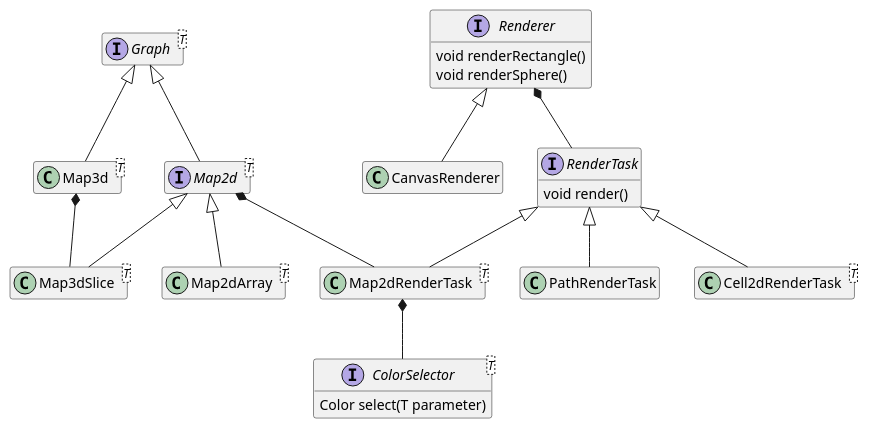
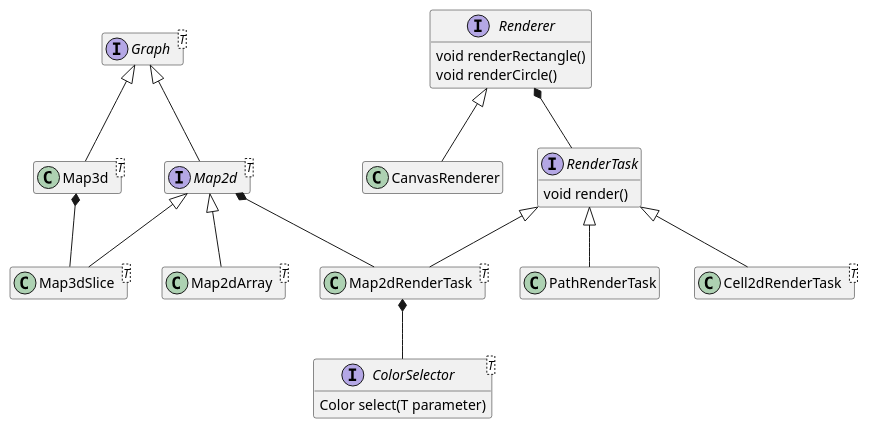
One commit to Orchaldir/Arena changed the diagram in docs/design/graphic/overview.puml. Above: the diagram before and after it, drawn with PlantUML. The commit also changed 3 other files, not shown here.

Commit message:
[#6] Rename renderSphere() to renderCircle() for Renderer

```diff
--- a/docs/design/graphic/overview.puml
+++ b/docs/design/graphic/overview.puml
@@ -1,47 +1,47 @@
 @startuml
 
 hide empty members
 
 interface Graph<T>
 interface Map2d<T>
 class Map2dArray<T>
 class Map3d<T>
 class Map3dSlice<T>
 
 interface Renderer {
   void renderRectangle()
-  void renderSphere()
+  void renderCircle()
 }
 class CanvasRenderer
 
 interface RenderTask {
   void render()
 }
 class Map2dRenderTask<T>
 class Cell2dRenderTask<T>
 class PathRenderTask
 
 interface ColorSelector<T> {
   Color select(T parameter)
 }
 
 Graph <|-- Map2d
 Graph <|-- Map3d
 
 Map2d <|-- Map2dArray
 Map2d <|-- Map3dSlice
 Map2d *-- Map2dRenderTask
 
 Map3d *-- Map3dSlice
 
 Renderer <|-- CanvasRenderer
 Renderer *-- RenderTask
 
 Map2dRenderTask *-- ColorSelector
 
 RenderTask <|-- Map2dRenderTask
 RenderTask <|-- Cell2dRenderTask
 RenderTask <|-- PathRenderTask
 
 
 @enduml
```
